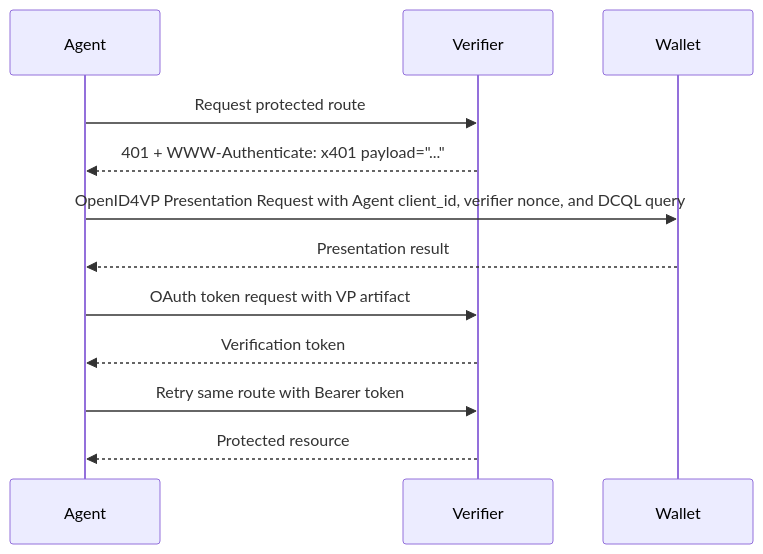
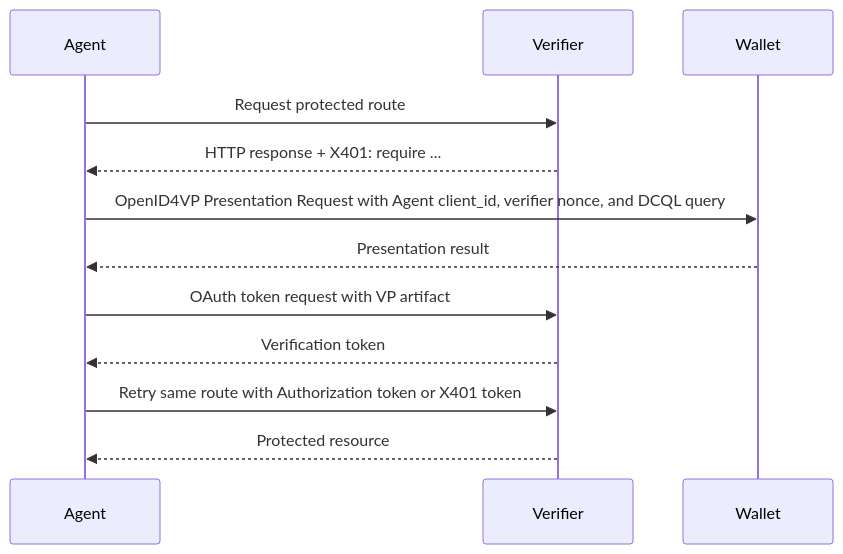
The second of 2 diagrams in spec.md (proof/x401), drawn with Mermaid before and after one commit. The commit also changed other lines of this file and 4 other files, not shown here.

````diff
--- a/spec.md
+++ b/spec.md
@@ -244,14 +248,14 @@
 ```mermaid
 sequenceDiagram
     participant Agent
     participant Verifier
     participant Wallet
     Agent->>Verifier: Request protected route
-    Verifier-->>Agent: 401 + WWW-Authenticate: x401 payload="..."
+    Verifier-->>Agent: HTTP response + X401: require ...
     Agent->>Wallet: OpenID4VP Presentation Request with Agent client_id, verifier nonce, and DCQL query
     Wallet-->>Agent: Presentation result
     Agent->>Verifier: OAuth token request with VP artifact
     Verifier-->>Agent: Verification token
-    Agent->>Verifier: Retry same route with Bearer token
+    Agent->>Verifier: Retry same route with Authorization token or X401 token
     Verifier-->>Agent: Protected resource
 ```
````
